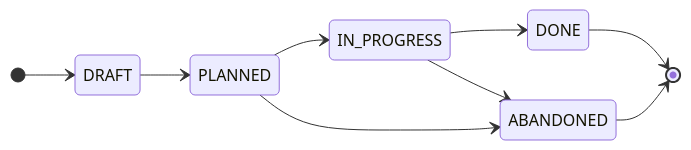
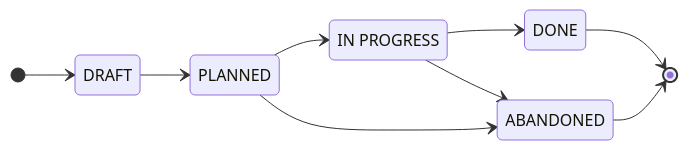
The diagram in CONTRIBUTING.md (kieranpotts/plans), drawn with Mermaid before and after one commit. The commit also changed 10 other files, not shown here.

````diff
--- a/CONTRIBUTING.md
+++ b/CONTRIBUTING.md
@@ -45,12 +45,13 @@
 ```mermaid
 stateDiagram-v2
   direction LR
+  IN_PROGRESS: IN PROGRESS
   [*] --> DRAFT
   DRAFT --> PLANNED
   PLANNED --> IN_PROGRESS
   IN_PROGRESS --> DONE
   PLANNED --> ABANDONED
   IN_PROGRESS --> ABANDONED
   DONE --> [*]
   ABANDONED --> [*]
 ```
````
